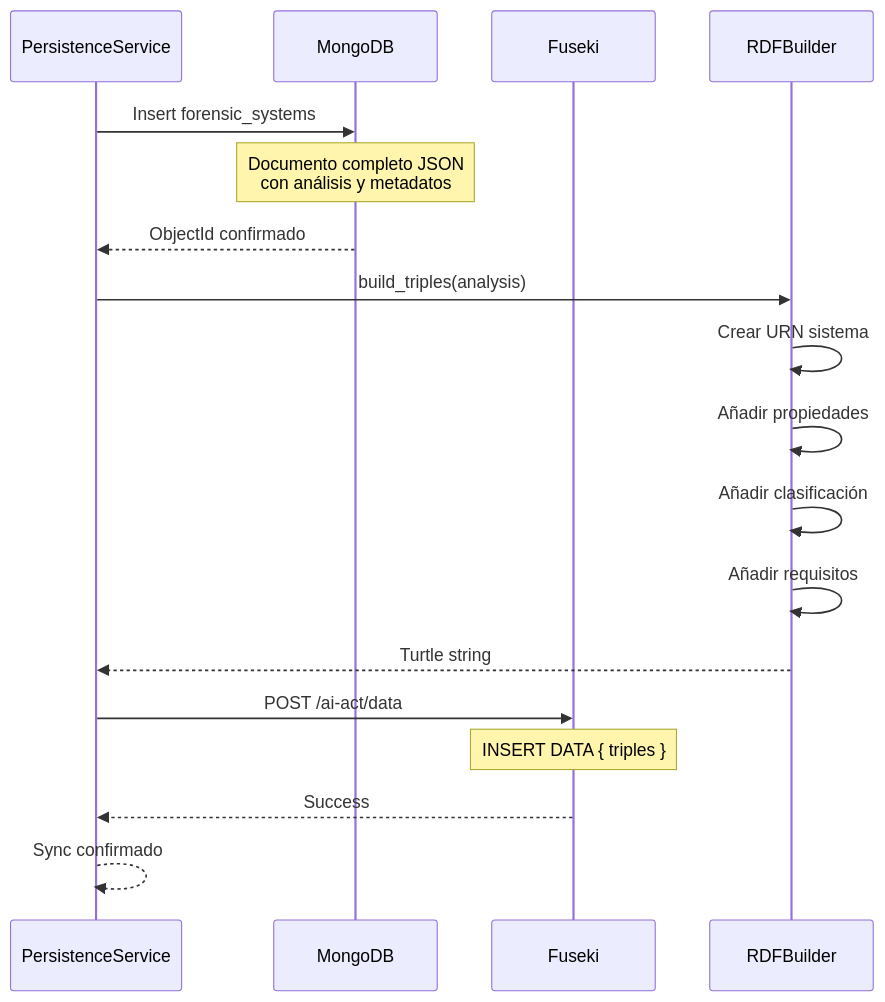
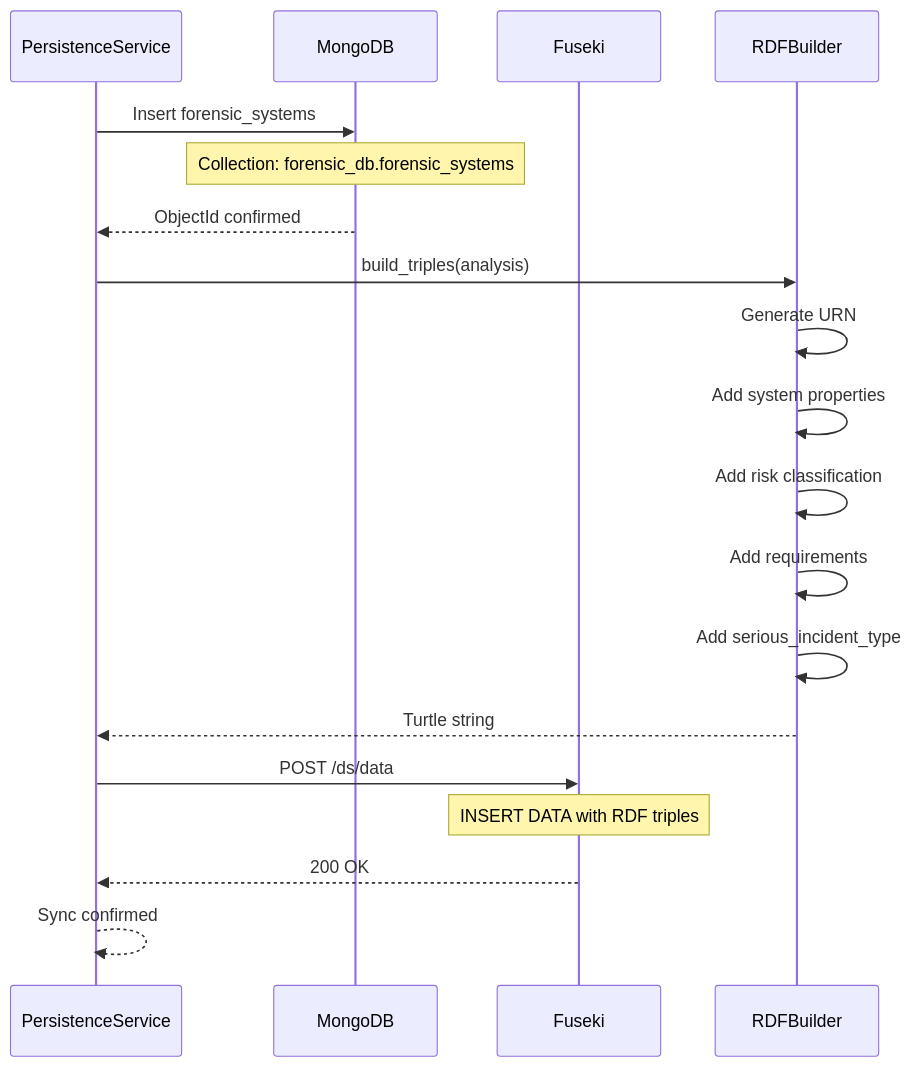
The seventh of 7 diagrams in forensic_agent/README.md (cartesiosson/ai_act_project), drawn with Mermaid before and after one commit. The commit also changed other lines of this file, not shown here.

````diff
--- a/forensic_agent/README.md
+++ b/forensic_agent/README.md
@@ -351,24 +369,25 @@
 ```mermaid
 sequenceDiagram
     participant PS as PersistenceService
     participant MG as MongoDB
     participant FK as Fuseki
     participant RDF as RDFBuilder
 
     PS->>MG: Insert forensic_systems
-    Note over MG: Documento completo JSON<br/>con análisis y metadatos
-    MG-->>PS: ObjectId confirmado
+    Note over MG: Collection: forensic_db.forensic_systems
+    MG-->>PS: ObjectId confirmed
 
     PS->>RDF: build_triples(analysis)
-    RDF->>RDF: Crear URN sistema
-    RDF->>RDF: Añadir propiedades
-    RDF->>RDF: Añadir clasificación
-    RDF->>RDF: Añadir requisitos
+    RDF->>RDF: Generate URN
+    RDF->>RDF: Add system properties
+    RDF->>RDF: Add risk classification
+    RDF->>RDF: Add requirements
+    RDF->>RDF: Add serious_incident_type
     RDF-->>PS: Turtle string
 
-    PS->>FK: POST /ai-act/data
-    Note over FK: INSERT DATA { triples }
-    FK-->>PS: Success
+    PS->>FK: POST /ds/data
+    Note over FK: INSERT DATA with RDF triples
+    FK-->>PS: 200 OK
 
-    PS-->>PS: Sync confirmado
+    PS-->>PS: Sync confirmed
 ```
````
